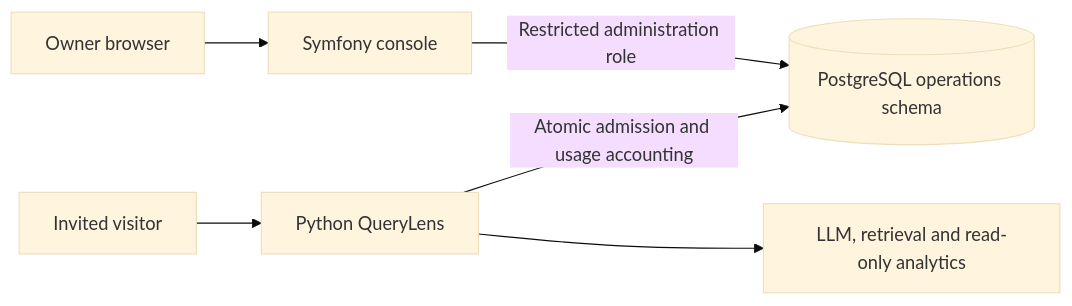
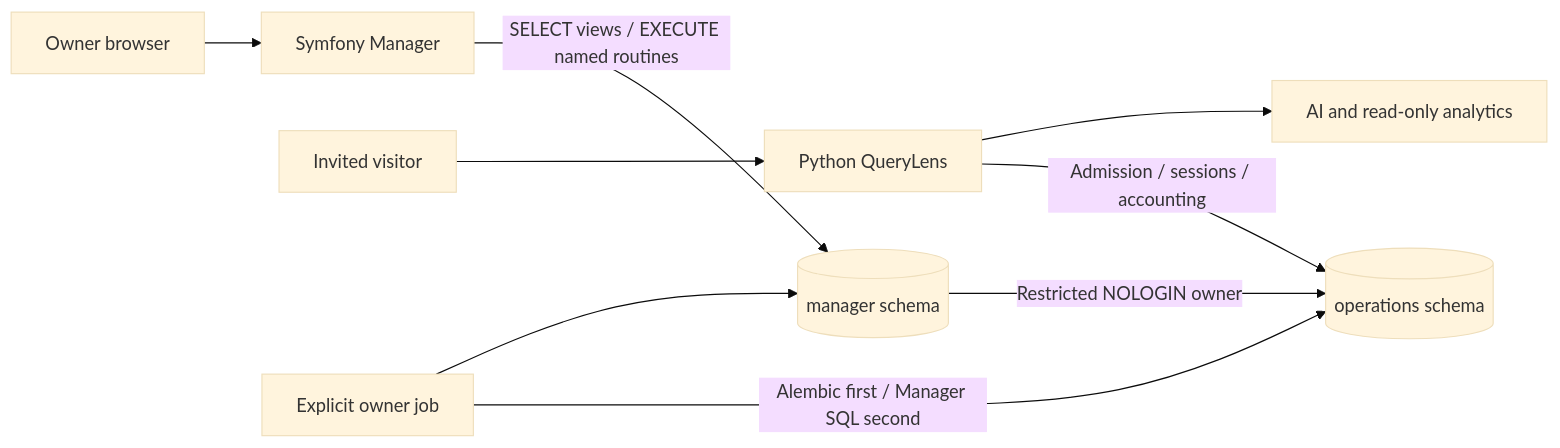
One commit to itsvigun/querylens-manager changed the diagram in docs/architecture.md. Above: the diagram before and after it, drawn with Mermaid (base theme). The commit also changed other lines of this file and 91 other files, not shown here.

````diff
--- a/docs/architecture.md
+++ b/docs/architecture.md
@@ -19,8 +17,11 @@
 ```mermaid
 flowchart LR
-    Owner[Owner browser] --> Console[Symfony console]
-    Console -->|Restricted administration role| Operations[(PostgreSQL operations schema)]
+    Owner[Owner browser] --> Console[Symfony Manager]
+    Console -->|SELECT views / EXECUTE named routines| Manager[(manager schema)]
+    Manager -->|Restricted NOLOGIN owner| Operations[(operations schema)]
     Visitor[Invited visitor] --> Python[Python QueryLens]
-    Python -->|Atomic admission and usage accounting| Operations
-    Python --> AI[LLM, retrieval and read-only analytics]
+    Python -->|Admission / sessions / accounting| Operations
+    Python --> AI[AI and read-only analytics]
+    Job[Explicit owner job] -->|Alembic first / Manager SQL second| Operations
+    Job --> Manager
 ```
````
